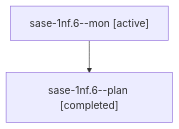
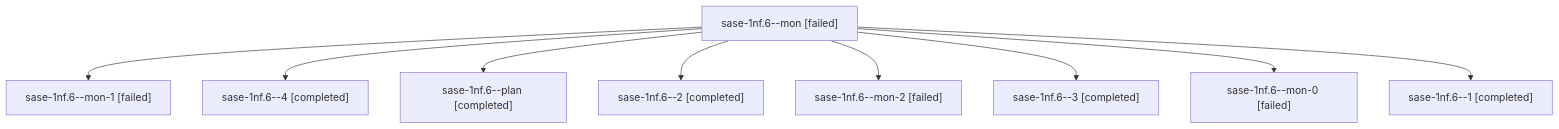
Before and after one commit to sase-org/sase--agents: the diagram in sessions/bbugyi200.athena.sase-1nf.6.md, drawn with Mermaid. The commit also changed other lines of this file and 318 other files, not shown here.

````diff
--- a/sessions/bbugyi200.athena.sase-1nf.6.md
+++ b/sessions/bbugyi200.athena.sase-1nf.6.md
@@ -9,6 +9,20 @@
 ```mermaid
 flowchart TD
-  n0["sase-1nf.6--mon [active]"]
-  n1["sase-1nf.6--plan [completed]"]
+  n0["sase-1nf.6--mon [failed]"]
+  n1["sase-1nf.6--mon-1 [failed]"]
   n0 --> n1
+  n2["sase-1nf.6--4 [completed]"]
+  n0 --> n2
+  n3["sase-1nf.6--plan [completed]"]
+  n0 --> n3
+  n4["sase-1nf.6--2 [completed]"]
+  n0 --> n4
+  n5["sase-1nf.6--mon-2 [failed]"]
+  n0 --> n5
+  n6["sase-1nf.6--3 [completed]"]
+  n0 --> n6
+  n7["sase-1nf.6--mon-0 [failed]"]
+  n0 --> n7
+  n8["sase-1nf.6--1 [completed]"]
+  n0 --> n8
 ```
````
